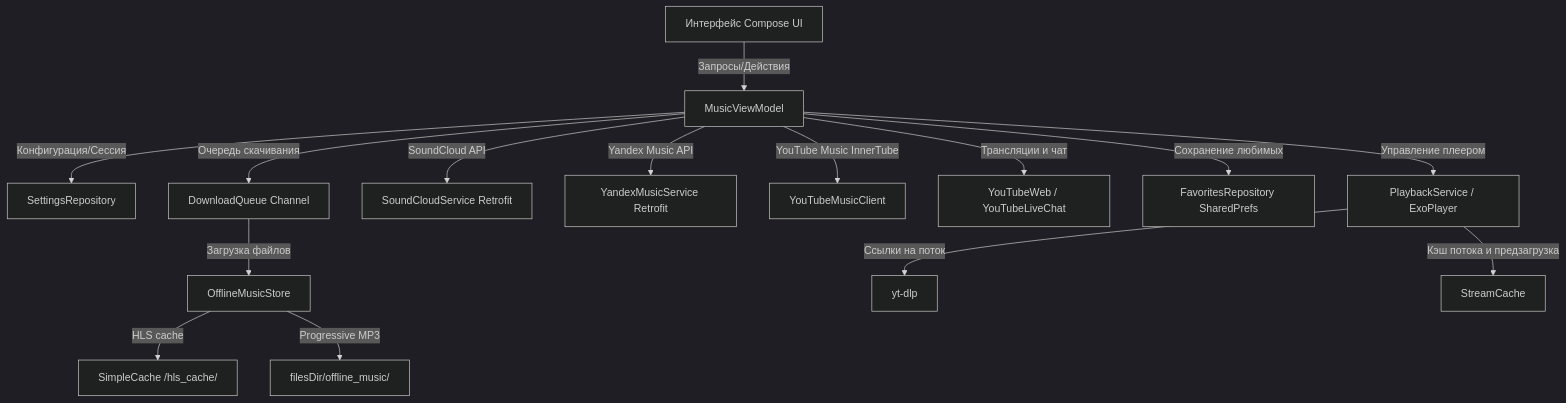
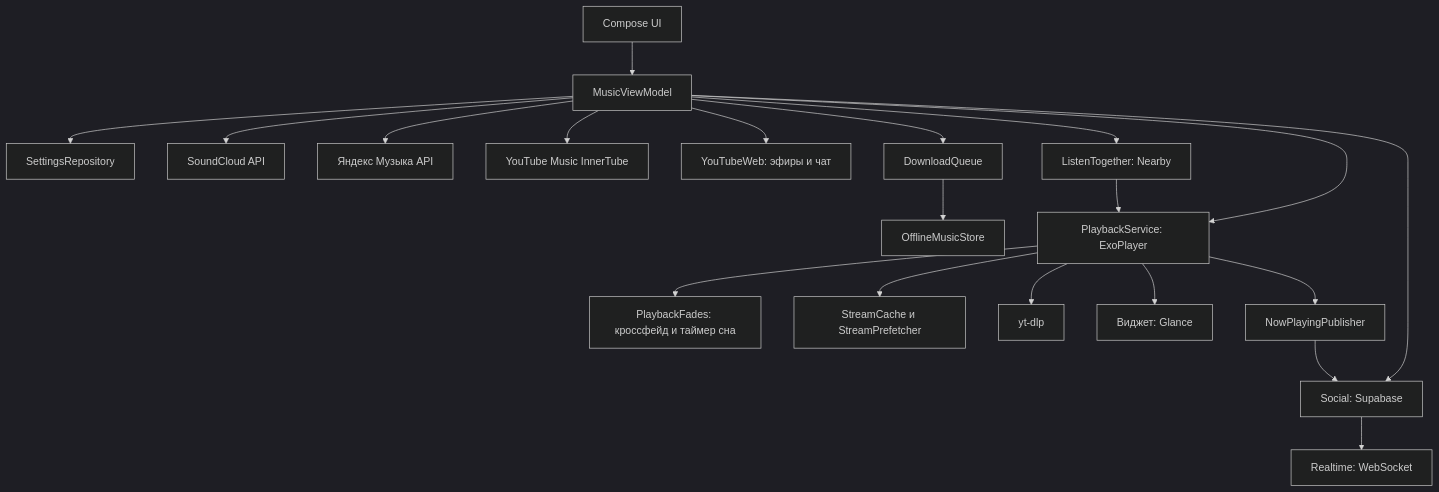
Before and after one commit to GXUser7/YouCloud: the diagram in README.md, drawn with Mermaid (dark theme). The commit also changed other lines of this file and 2 other files, not shown here.

````diff
--- a/README.md
+++ b/README.md
@@ -131,19 +220,23 @@
 ```mermaid
 graph TD
-    UI[Интерфейс Compose UI] -->|Запросы/Действия| VM[MusicViewModel]
-    VM -->|Конфигурация/Сессия| Settings[SettingsRepository]
-    VM -->|Управление плеером| Player[PlaybackService / ExoPlayer]
-    VM -->|SoundCloud API| SC_Service[SoundCloudService Retrofit]
-    VM -->|Yandex Music API| YM_Service[YandexMusicService Retrofit]
-    VM -->|YouTube Music InnerTube| YTM[YouTubeMusicClient]
-    VM -->|Трансляции и чат| YTW[YouTubeWeb / YouTubeLiveChat]
-    VM -->|Сохранение любимых| Favs[FavoritesRepository SharedPrefs]
+    UI[Compose UI] --> VM[MusicViewModel]
+    VM --> Settings[SettingsRepository]
+    VM --> SC[SoundCloud API]
+    VM --> YM[Яндекс Музыка API]
+    VM --> YTM[YouTube Music InnerTube]
+    VM --> YTW[YouTubeWeb: эфиры и чат]
+    VM --> Queue[DownloadQueue]
+    Queue --> Store[OfflineMusicStore]
+    VM --> Together[ListenTogether: Nearby]
+    VM --> Social[Social: Supabase]
+    Social --> Realtime[Realtime: WebSocket]
 
-    VM -->|Очередь скачивания| Queue[DownloadQueue Channel]
-    Queue -->|Загрузка файлов| Store[OfflineMusicStore]
-
-    Player -->|Ссылки на поток| YtDlp[yt-dlp]
-    Player -->|Кэш потока и предзагрузка| Cache[StreamCache]
-    Store -->|HLS cache| SimpleCache[SimpleCache /hls_cache/]
-    Store -->|Progressive MP3| filesDir[filesDir/offline_music/]
+    VM --> Player[PlaybackService: ExoPlayer]
+    Together --> Player
+    Player --> Fades[PlaybackFades: кроссфейд и таймер сна]
+    Player --> Cache[StreamCache и StreamPrefetcher]
+    Player --> YtDlp[yt-dlp]
+    Player --> Widget[Виджет: Glance]
+    Player --> NowPlaying[NowPlayingPublisher]
+    NowPlaying --> Social
 ```
````
